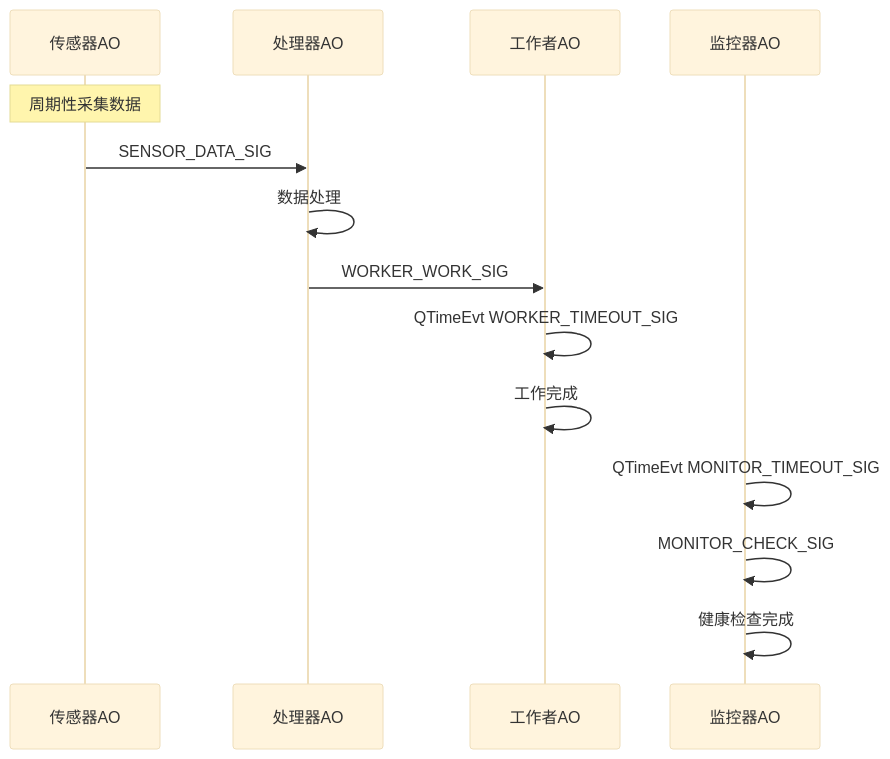
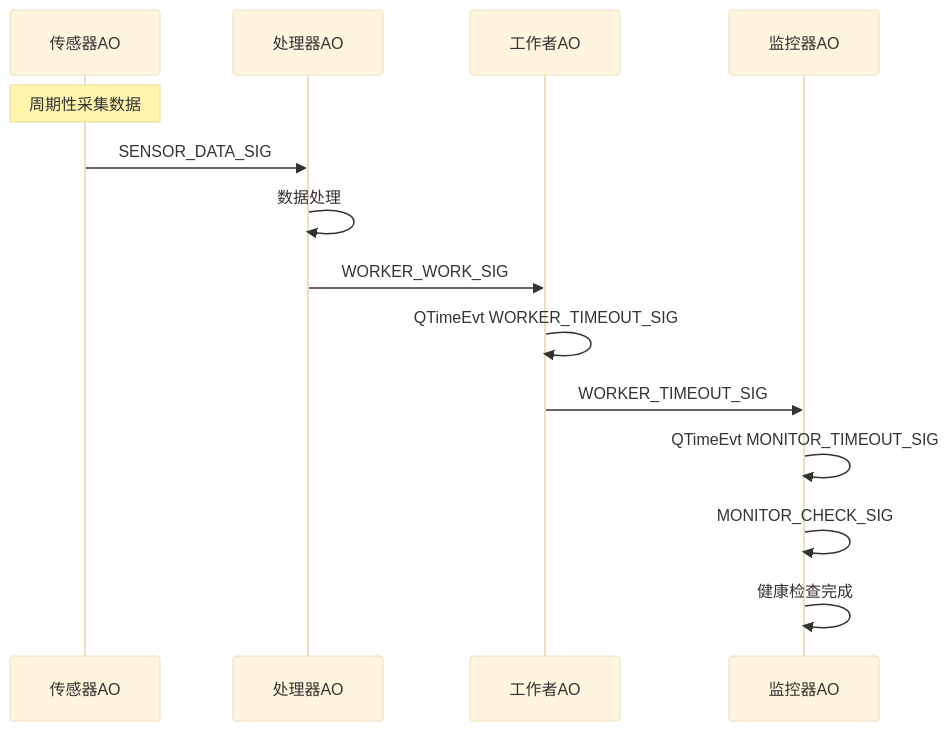
The second of 2 diagrams in examples/rt-thread/qactive_demo_lite/README.md (stallion5632/qpc-rtthread), drawn with Mermaid (base theme) before and after one commit. The commit also changed other lines of this file and 7 other files, not shown here.

````diff
--- a/examples/rt-thread/qactive_demo_lite/README.md
+++ b/examples/rt-thread/qactive_demo_lite/README.md
@@ -54,17 +51,17 @@
 ```mermaid
 sequenceDiagram
     participant Sensor as 传感器AO
     participant Processor as 处理器AO
     participant Worker as 工作者AO
     participant Monitor as 监控器AO
 
     Note over Sensor: 周期性采集数据
     Sensor->>Processor: SENSOR_DATA_SIG
     Processor->>Processor: 数据处理
     Processor->>Worker: WORKER_WORK_SIG
     Worker->>Worker: QTimeEvt WORKER_TIMEOUT_SIG
-    Worker->>Worker: 工作完成
+    Worker->>Monitor: WORKER_TIMEOUT_SIG
     Monitor->>Monitor: QTimeEvt MONITOR_TIMEOUT_SIG
     Monitor->>Monitor: MONITOR_CHECK_SIG
     Monitor->>Monitor: 健康检查完成
 ```
````
